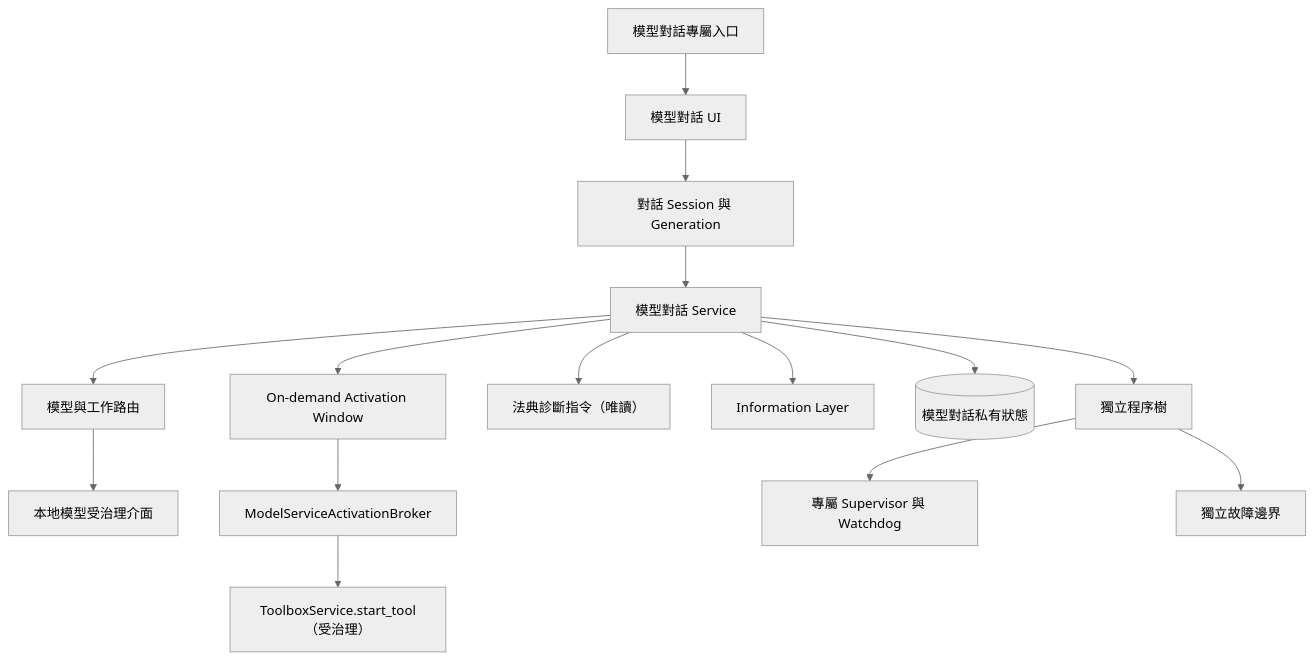
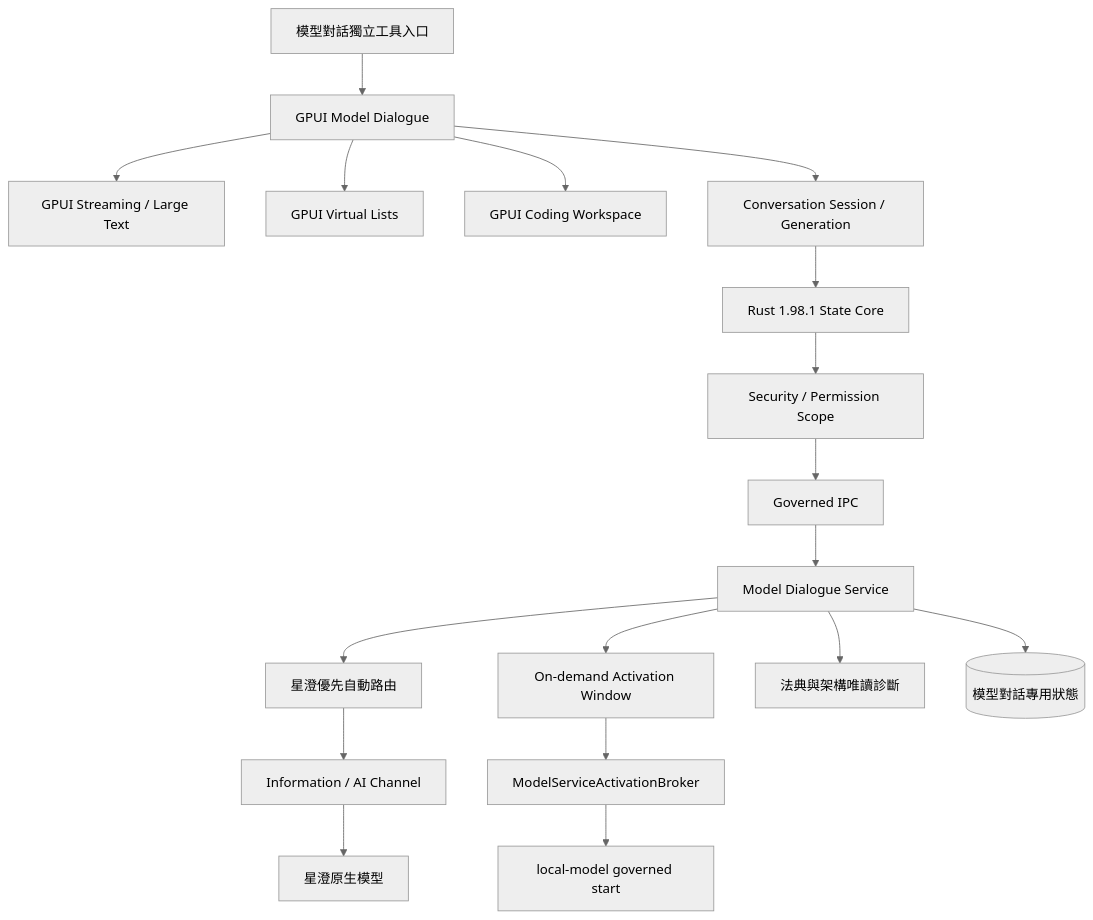
The diagram in governance_rule/codex/architecture-tool-model-dialogue.md (guilty442-source/GPTBridge), drawn with Mermaid (neutral theme) before and after one commit. The commit also changed other lines of this file and 62 other files, not shown here.

````diff
--- a/governance_rule/codex/architecture-tool-model-dialogue.md
+++ b/governance_rule/codex/architecture-tool-model-dialogue.md
@@ -3,17 +3,20 @@
 ```mermaid
 flowchart TB
-  ENTRY[模型對話專屬入口] --> UI[模型對話 UI]
-  UI --> SESSION[對話 Session 與 Generation]
-  SESSION --> SERVICE[模型對話 Service]
-  SERVICE --> ROUTER[模型與工作路由]
-  ROUTER --> LOCAL[本地模型受治理介面]
+  ENTRY[模型對話獨立工具入口] --> GPUI[GPUI Model Dialogue]
+  GPUI --> STREAM[GPUI Streaming / Large Text]
+  GPUI --> VLIST[GPUI Virtual Lists]
+  GPUI --> CODE[GPUI Coding Workspace]
+  GPUI --> SESSION[Conversation Session / Generation]
+  SESSION --> RUST[Rust 1.98.1 State Core]
+  RUST --> SEC[Security / Permission Scope]
+  SEC --> IPC[Governed IPC]
+  IPC --> SERVICE[Model Dialogue Service]
+  SERVICE --> ROUTER[星澄優先自動路由]
+  ROUTER --> CHANNEL[Information / AI Channel]
+  CHANNEL --> XC[星澄原生模型]
   SERVICE --> ACTIVATE[On-demand Activation Window]
   ACTIVATE --> BROKER[ModelServiceActivationBroker]
-  BROKER --> TOOLBOX[ToolboxService.start_tool（受治理）]
-  SERVICE --> DIAG[法典診斷指令（唯讀）]
-  SERVICE --> INFO[Information Layer]
-  SERVICE --> STATE[(模型對話私有狀態)]
-  SERVICE --> PROC[獨立程序樹]
-  PROC --> SUP[專屬 Supervisor 與 Watchdog]
-  PROC --> FAULT[獨立故障邊界]
+  BROKER --> LOCAL[local-model governed start]
+  SERVICE --> DIAG[法典與架構唯讀診斷]
+  SERVICE --> STATE[(模型對話專用狀態)]
 ```
````
